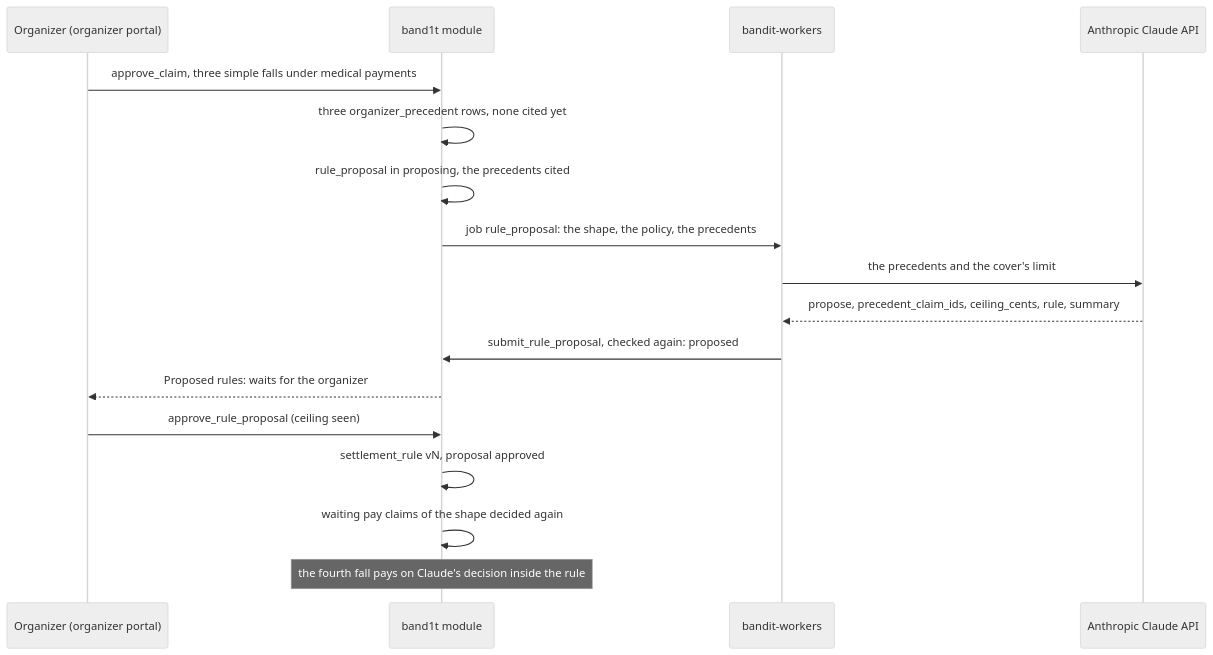
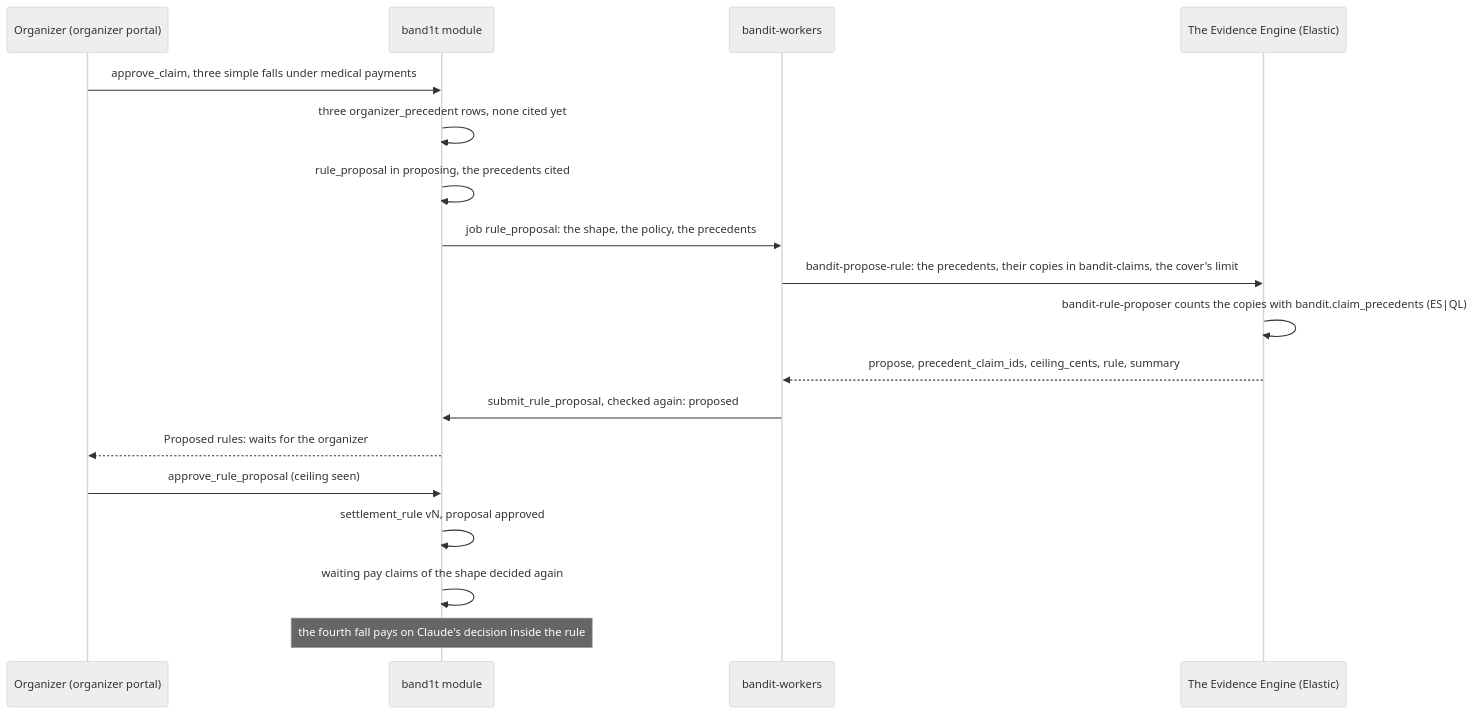
The third of 6 diagrams in System Design/6-features/Insurance.md (viktorinkov/cal-hacks-13), drawn with Mermaid (neutral theme) before and after one commit. The commit also changed other lines of this file and 4 other files, not shown here.

Commit message:
System Design: propose payment rules with the Elastic agent bandit-rule-proposer

````diff
--- a/System Design/6-features/Insurance.md
+++ b/System Design/6-features/Insurance.md
@@ -349,19 +356,20 @@
 ```mermaid
 sequenceDiagram
   participant O as Organizer (organizer portal)
   participant M as band1t module
   participant W as bandit-workers
-  participant C as Anthropic Claude API
+  participant E as The Evidence Engine (Elastic)
   O->>M: approve_claim, three simple falls under medical payments
   M->>M: three organizer_precedent rows, none cited yet
   M->>M: rule_proposal in proposing, the precedents cited
   M->>W: job rule_proposal: the shape, the policy, the precedents
-  W->>C: the precedents and the cover's limit
-  C-->>W: propose, precedent_claim_ids, ceiling_cents, rule, summary
+  W->>E: bandit-propose-rule: the precedents, their copies in bandit-claims, the cover's limit
+  E->>E: bandit-rule-proposer counts the copies with bandit.claim_precedents (ES|QL)
+  E-->>W: propose, precedent_claim_ids, ceiling_cents, rule, summary
   W->>M: submit_rule_proposal, checked again: proposed
   M-->>O: Proposed rules: waits for the organizer
   O->>M: approve_rule_proposal (ceiling seen)
   M->>M: settlement_rule vN, proposal approved
   M->>M: waiting pay claims of the shape decided again
   Note over M: the fourth fall pays on Claude's decision inside the rule
 ```
````
